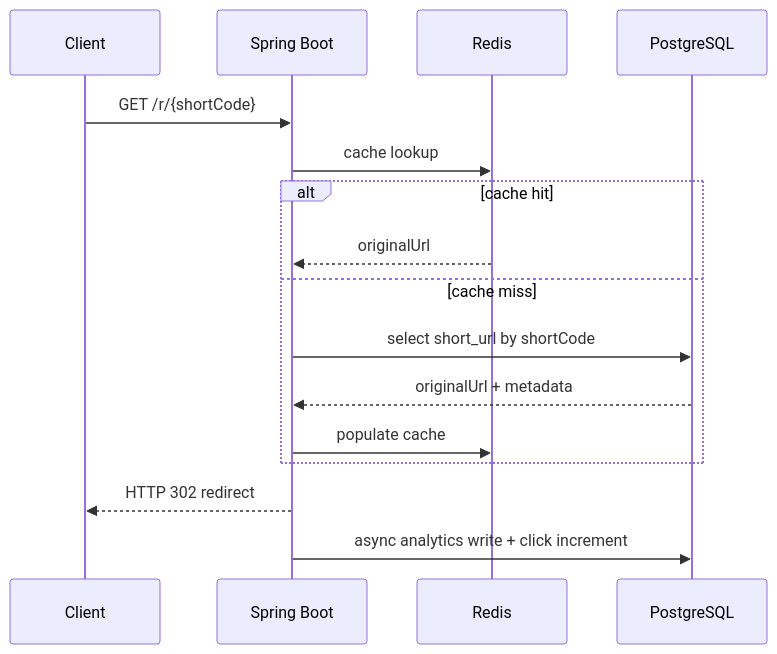
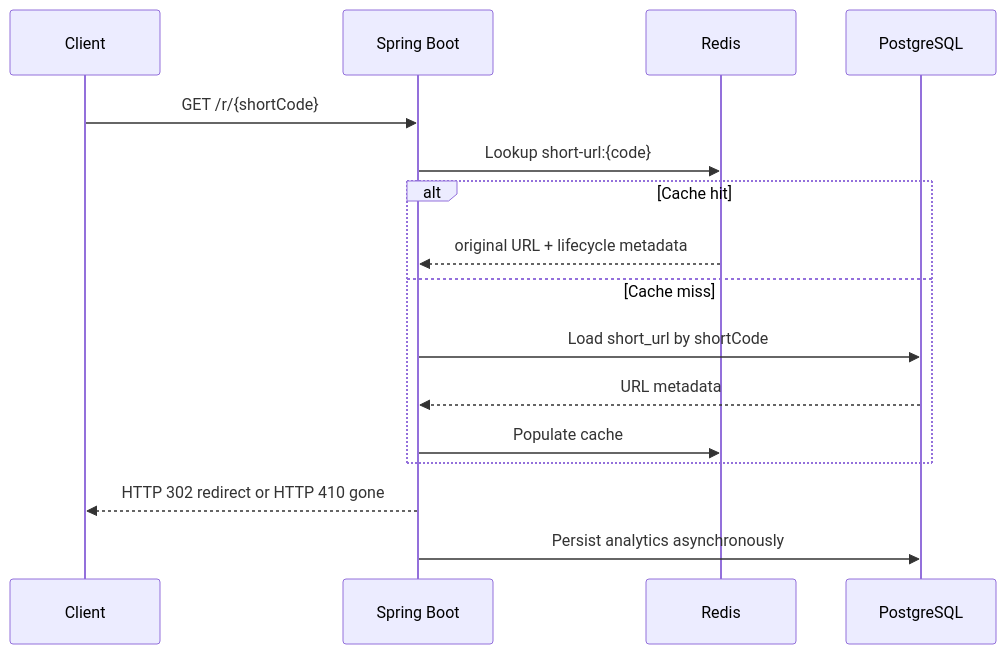
One commit to sawantyash07/Distributed-URL-Shortening-Analytics-Platform changed the second of 3 diagrams in README.md. Above: the diagram before and after it, drawn with Mermaid. The commit also changed other lines of this file and 31 other files, not shown here.

Commit message:
Initial commit: Distributed URL Shortening & Analytics Platform

````diff
--- a/README.md
+++ b/README.md
@@ -68,19 +85,19 @@
 ```mermaid
 sequenceDiagram
     participant C as Client
     participant API as Spring Boot
     participant R as Redis
     participant DB as PostgreSQL
 
     C->>API: GET /r/{shortCode}
-    API->>R: cache lookup
-    alt cache hit
-        R-->>API: originalUrl
-    else cache miss
-        API->>DB: select short_url by shortCode
-        DB-->>API: originalUrl + metadata
-        API->>R: populate cache
+    API->>R: Lookup short-url:{code}
+    alt Cache hit
+        R-->>API: original URL + lifecycle metadata
+    else Cache miss
+        API->>DB: Load short_url by shortCode
+        DB-->>API: URL metadata
+        API->>R: Populate cache
     end
-    API-->>C: HTTP 302 redirect
-    API->>DB: async analytics write + click increment
+    API-->>C: HTTP 302 redirect or HTTP 410 gone
+    API->>DB: Persist analytics asynchronously
 ```
````
